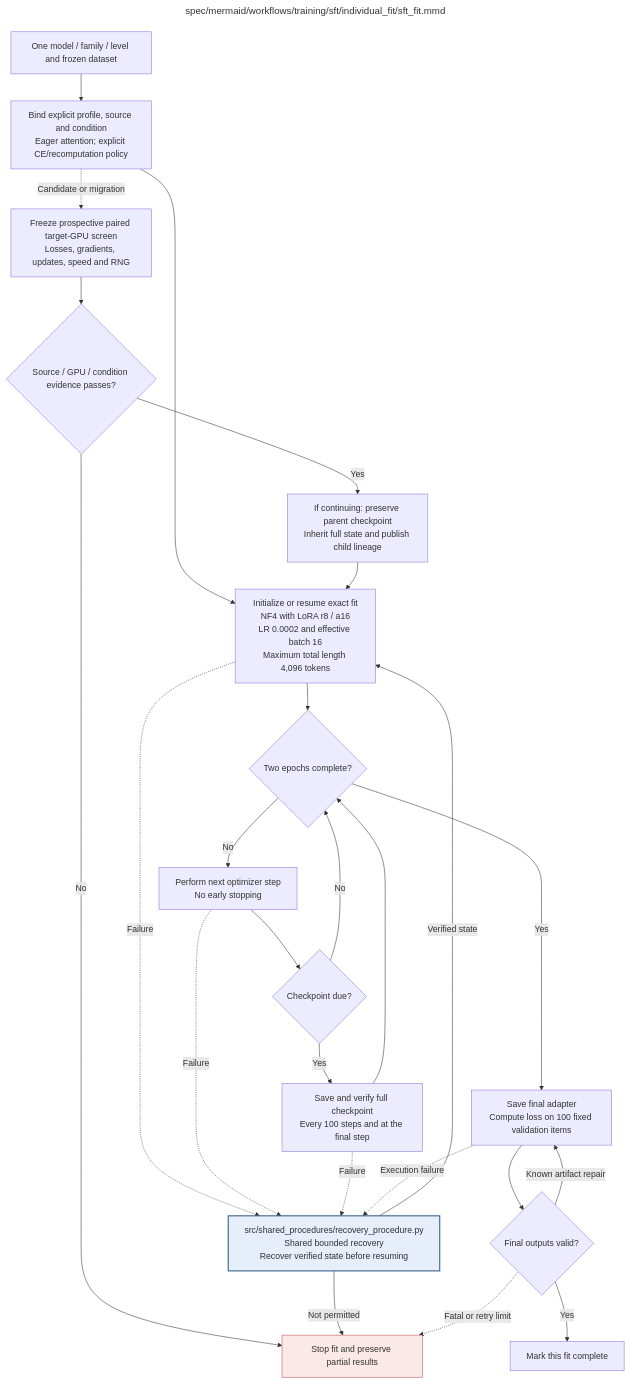
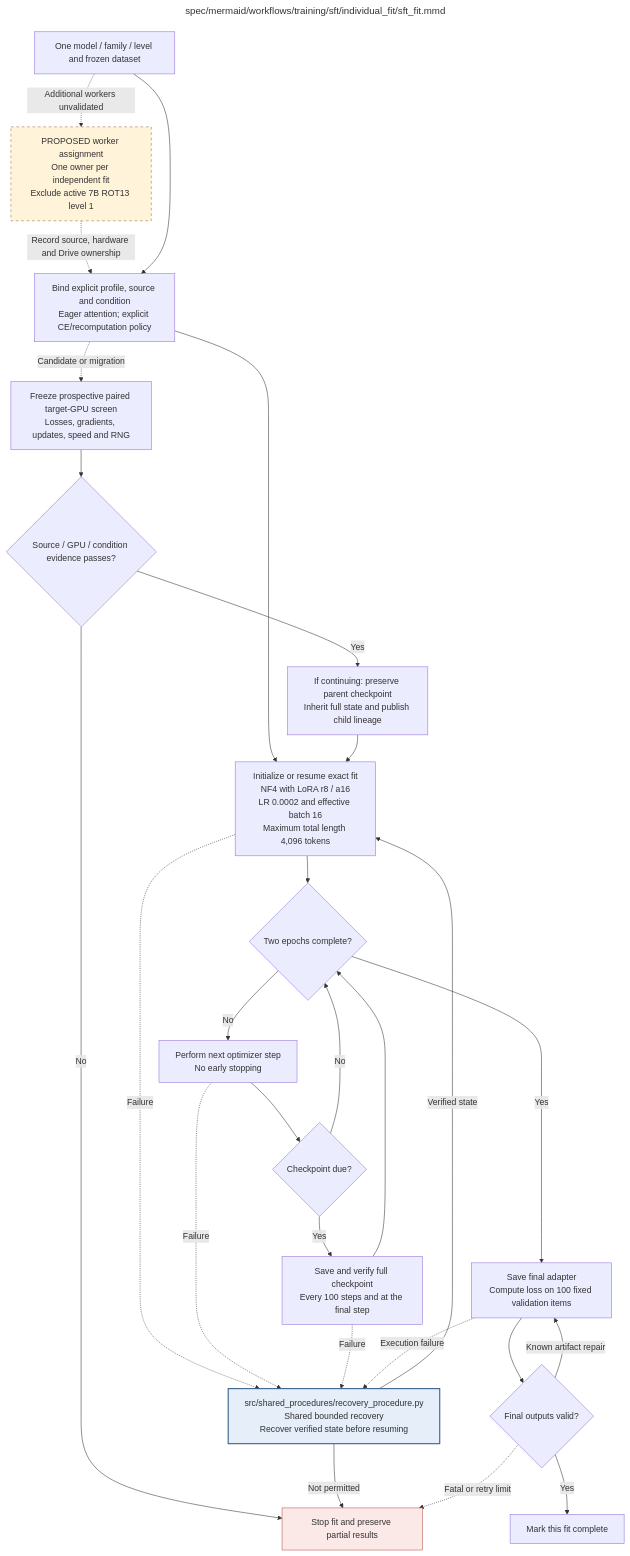
The diagram in docs/modules/training/sft/individual_fit/sft_fit.md (AJUNNYC/inducing_persistent_textual_chain_of_thought_illegibility), drawn with Mermaid before and after one commit. The commit also changed other lines of this file and 18 other files, not shown here.

First line of the commit message:
Document proposed RunPod and Colab SFT deployment

````diff
--- a/docs/modules/training/sft/individual_fit/sft_fit.md
+++ b/docs/modules/training/sft/individual_fit/sft_fit.md
@@ -129,6 +131,9 @@
 %% Final source 07f8a68 copy-removal trial passed bitwise state/RNG but failed speed; rejected.
 %% Resume accepted a6e3295 from step 673 in the same existing lineage; no new migration.
 %% Optimization rounds are closed; all scientific settings and 40 planned fits are retained.
+%% PROPOSED only: two PRO 6000 workers for 14B and two Colab A100 workers for remaining 7B fits.
+%% Current 7B ROT13 level 1 stays owned; no duplicate condition, new deployment or A100/14B approval.
+%% Planning source: docs/sft_multi_gpu_execution_plan.md; forecasts are estimates, not benchmarks.
 %% Loss trials compare against active no recomputation; preserve latest full-state progress and RNG.
 %% Execution contract: known faults use bounded recovery; unclassified/persistent faults stop the worker.
 %% Frozen invalid inputs are fatal. Unrecoverable child failures propagate; never release incomplete results.
@@ -179,6 +184,9 @@
     MEASURE["Freeze prospective paired target-GPU screen<br/>Losses, gradients, updates, speed and RNG"]
     ACCEPT{"Source / GPU / condition evidence passes?"}
     MIGRATE["If continuing: preserve parent checkpoint<br/>Inherit full state and publish child lineage"]
+    PROPOSED["PROPOSED worker assignment<br/>One owner per independent fit<br/>Exclude active 7B ROT13 level 1"]
+    INPUT -.->|Additional workers unvalidated| PROPOSED
+    PROPOSED -.->|Record source, hardware and Drive ownership| PROFILE
     INPUT --> PROFILE --> SETUP --> DONE
     PROFILE -.->|Candidate or migration| MEASURE --> ACCEPT
     ACCEPT -->|Yes| MIGRATE --> SETUP
@@ -201,4 +209,7 @@
 %% Unit test: tests/unit/training/sft/individual_fit/test_sft_fit.py
 %% Owner: sft
 %% Source sections: C.2.2–C.2.4; E.1.3; E.2.4,E.2.6; H.9
+
+    classDef proposal fill:#fff3d9,stroke:#95733f,stroke-dasharray:5 5
+    class PROPOSED proposal
 ```
````
